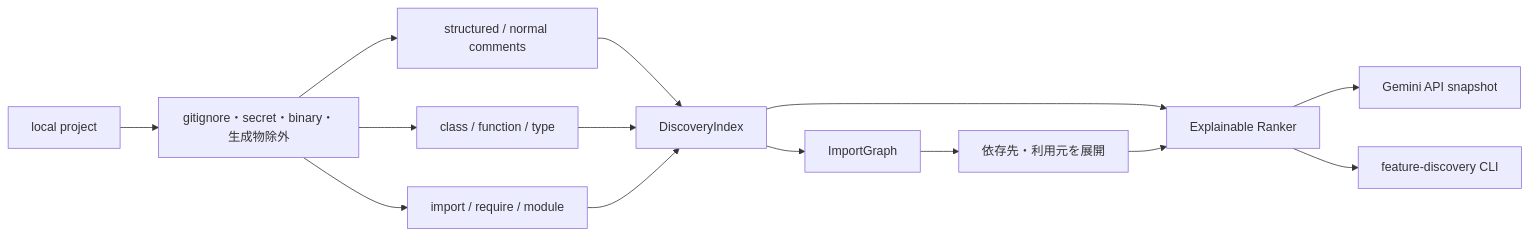
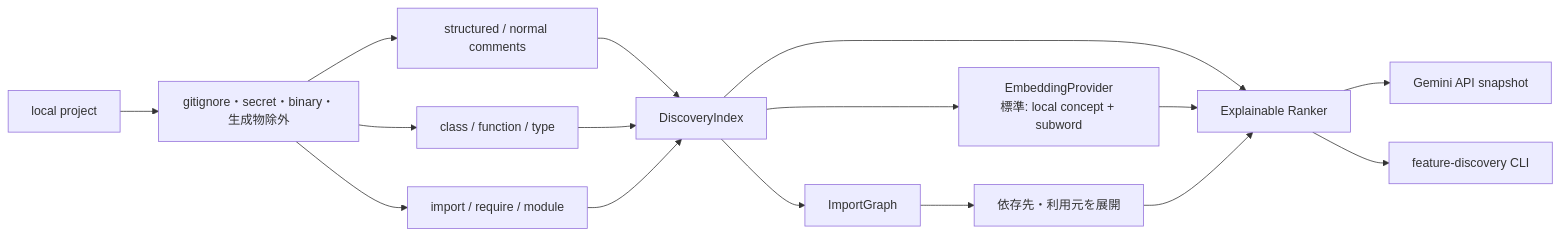
The sixth of 11 diagrams in docs/architecture.md (matsutanishimpei/make-summary), drawn with Mermaid before and after one commit. The commit also changed other lines of this file and 13 other files, not shown here.

Commit message:
feat: add local multilingual embedding

````diff
--- a/docs/architecture.md
+++ b/docs/architecture.md
@@ -207,16 +207,18 @@
 ```mermaid
 flowchart LR
     Project["local project"] --> Guard["gitignore・secret・binary・生成物除外"]
     Guard --> Comment["structured / normal comments"]
     Guard --> Symbol["class / function / type"]
     Guard --> Import["import / require / module"]
     Comment --> Discovery["DiscoveryIndex"]
     Symbol --> Discovery
     Import --> Discovery
     Discovery --> Graph["ImportGraph"]
+    Discovery --> Embedding["EmbeddingProvider<br/>標準: local concept + subword"]
     Graph --> Traverse["依存先・利用元を展開"]
     Discovery --> Rank["Explainable Ranker"]
+    Embedding --> Rank
     Traverse --> Rank
     Rank --> Snapshot["Gemini API snapshot"]
     Rank --> DiscoveryCLI["feature-discovery CLI"]
 ```
````
